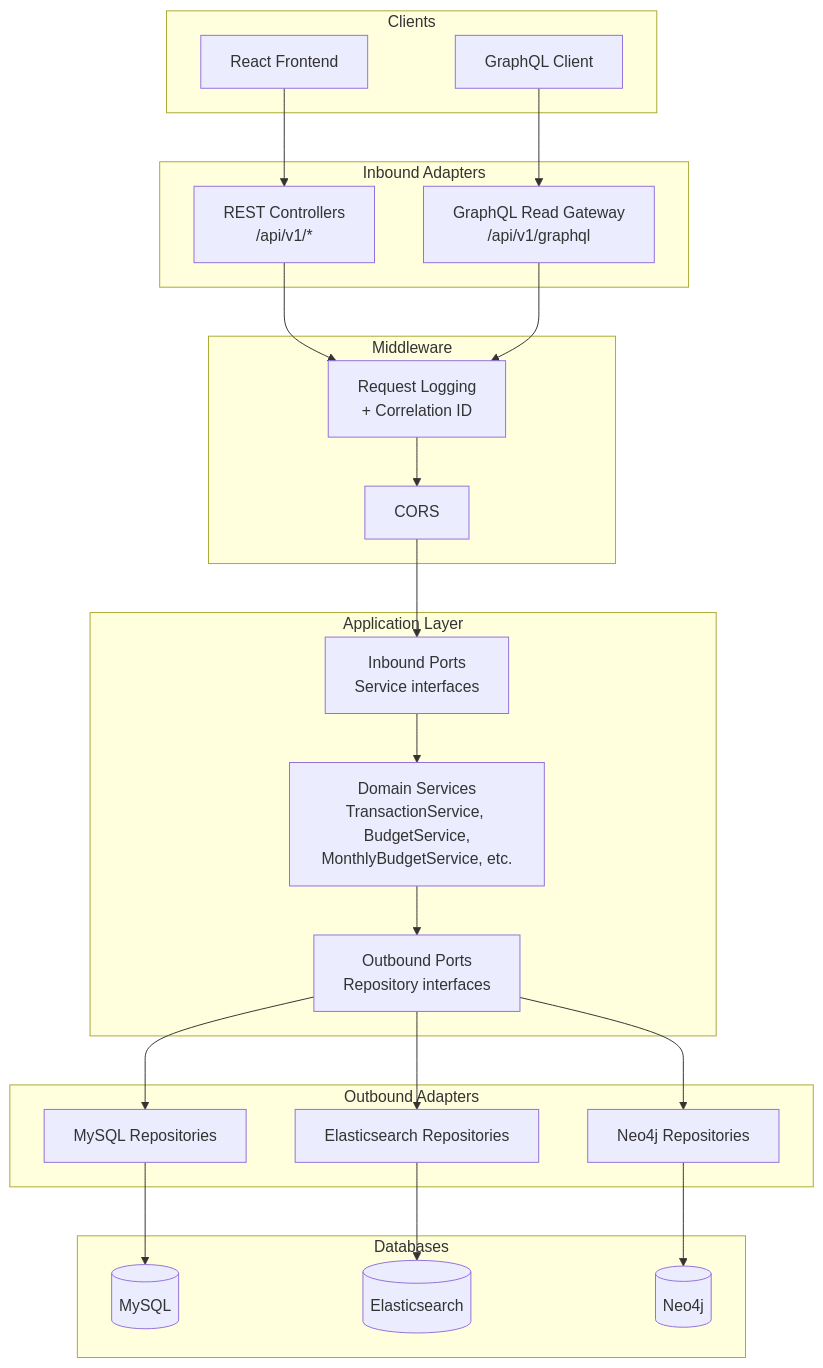
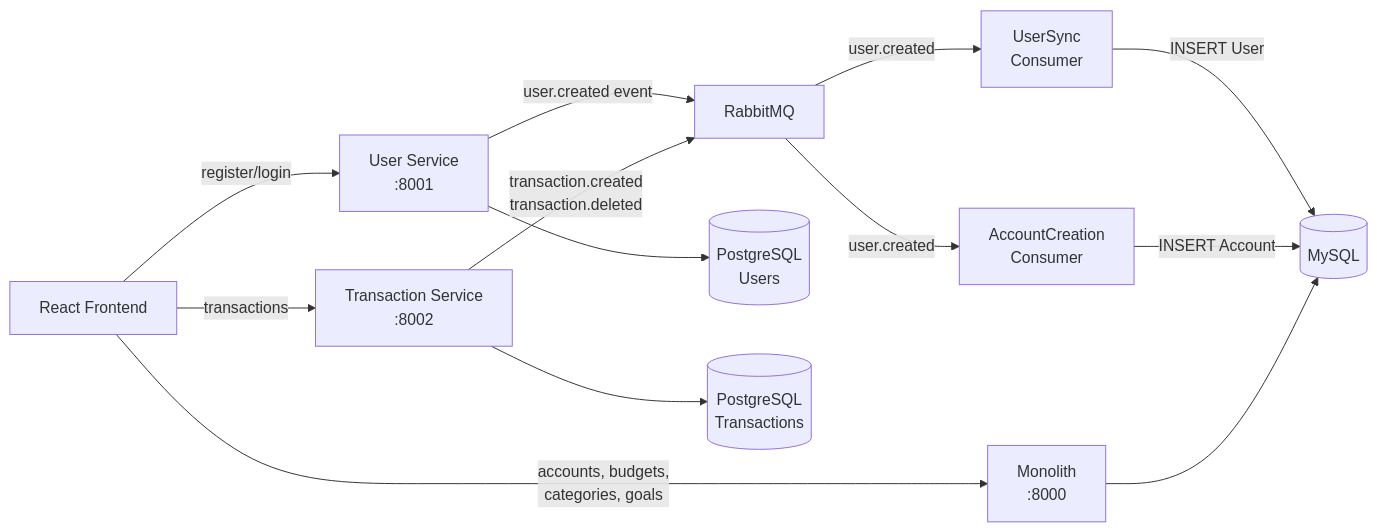
Before and after one commit to Jothom2912/Finance-Tracker: the first of 3 diagrams in README.md, drawn with Mermaid. The commit also changed other lines of this file and 96 other files, not shown here.

First line of the commit message:
Extract user-service and transaction-service from monolith

````diff
--- a/README.md
+++ b/README.md
@@ -73,45 +80,19 @@
 ```mermaid
-graph TB
-    subgraph "Clients"
-        FE[React Frontend]
-        GQL[GraphQL Client]
-    end
+graph LR
+    FE[React Frontend] -->|register/login| US[User Service<br/>:8001]
+    FE -->|transactions| TS[Transaction Service<br/>:8002]
+    FE -->|accounts, budgets,<br/>categories, goals| MON[Monolith<br/>:8000]
 
-    subgraph "Inbound Adapters"
-        REST[REST Controllers<br/>/api/v1/*]
-        GRAPHQL[GraphQL Read Gateway<br/>/api/v1/graphql]
-    end
+    US -->|user.created event| RMQ[RabbitMQ]
+    TS -->|transaction.created<br/>transaction.deleted| RMQ
 
-    subgraph "Middleware"
-        CORS[CORS]
-        LOG[Request Logging<br/>+ Correlation ID]
-    end
+    RMQ -->|user.created| USC[UserSync<br/>Consumer]
+    RMQ -->|user.created| ACC[AccountCreation<br/>Consumer]
 
-    subgraph "Application Layer"
-        SVC[Domain Services<br/>TransactionService, BudgetService,<br/>MonthlyBudgetService, etc.]
-        PORTS_IN[Inbound Ports<br/>Service interfaces]
-        PORTS_OUT[Outbound Ports<br/>Repository interfaces]
-    end
+    USC -->|INSERT User| MYSQL[(MySQL)]
+    ACC -->|INSERT Account| MYSQL
 
-    subgraph "Outbound Adapters"
-        MYSQL_REPO[MySQL Repositories]
-        ES_REPO[Elasticsearch Repositories]
-        NEO4J_REPO[Neo4j Repositories]
-    end
-
-    subgraph "Databases"
-        MYSQL[(MySQL)]
-        ES[(Elasticsearch)]
-        NEO4J[(Neo4j)]
-    end
-
-    FE --> REST
-    GQL --> GRAPHQL
-    REST --> LOG --> CORS --> PORTS_IN
-    GRAPHQL --> LOG
-    PORTS_IN --> SVC
-    SVC --> PORTS_OUT
-    PORTS_OUT --> MYSQL_REPO --> MYSQL
-    PORTS_OUT --> ES_REPO --> ES
-    PORTS_OUT --> NEO4J_REPO --> NEO4J
+    US --> PG_U[(PostgreSQL<br/>Users)]
+    TS --> PG_T[(PostgreSQL<br/>Transactions)]
+    MON --> MYSQL
 ```
````
